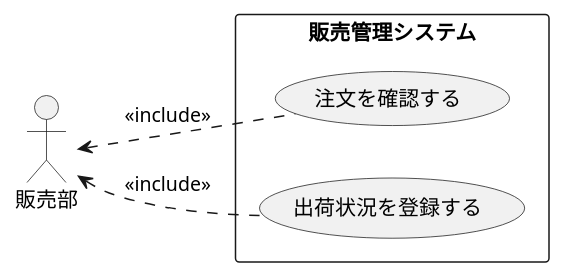
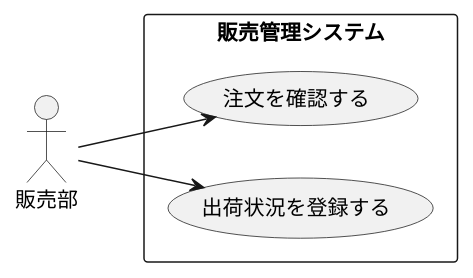
One commit to tomatocafe123/uml_introduction changed the diagram in 演習2-5_盛岡商事_販売管理システム.pu. Above: the diagram before and after it, drawn with PlantUML. The commit also changed 3 other files, not shown here.

```diff
--- a/演習2-5_盛岡商事_販売管理システム.pu
+++ b/演習2-5_盛岡商事_販売管理システム.pu
@@ -1,9 +1,9 @@
 @startuml ユースケース図
 rectangle 販売管理システム{
     left to right direction
     usecase 注文を確認する
     usecase 出荷状況を登録する
 }
-販売部 <.. 注文を確認する : <<include>>
-販売部 <.. 出荷状況を登録する : <<include>>
+販売部 --> 注文を確認する 
+販売部 --> 出荷状況を登録する 
 @enduml
```
